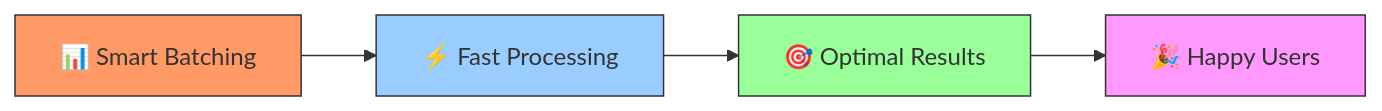
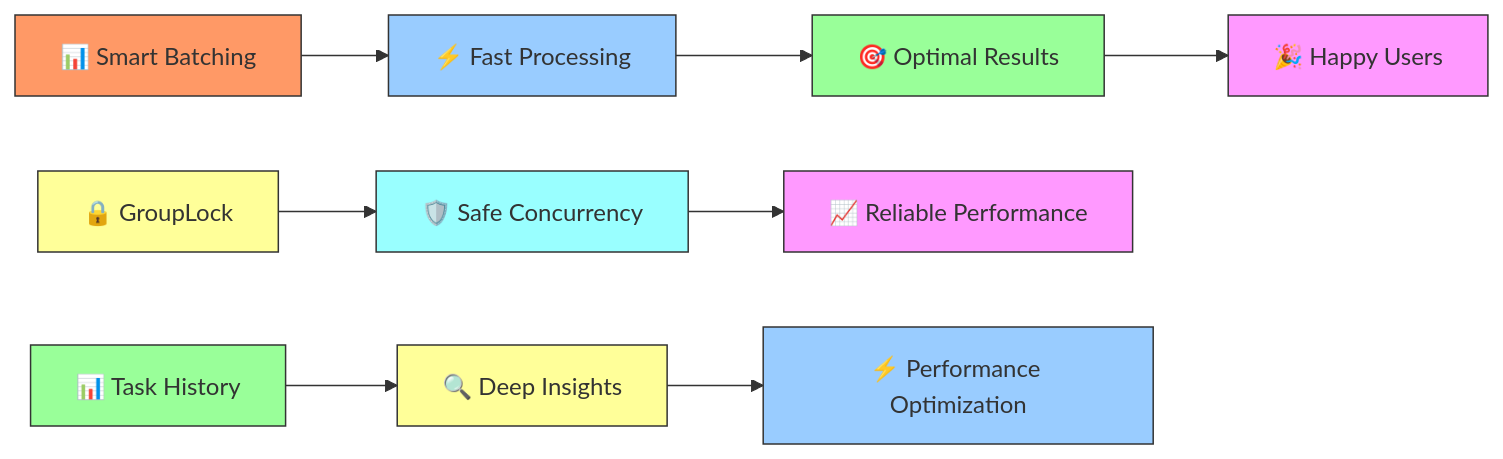
The fifth of 5 diagrams in packages/core/README.md (theboringhumane/cleo), drawn with Mermaid before and after one commit. The commit also changed other lines of this file, not shown here.

````diff
--- a/packages/core/README.md
+++ b/packages/core/README.md
@@ -368,11 +480,21 @@
 ```mermaid
 graph LR
     A[📊 Smart Batching] --> B[⚡ Fast Processing]
     B --> C[🎯 Optimal Results]
     C --> D[🎉 Happy Users]
+    E[🔒 GroupLock] --> F[🛡️ Safe Concurrency]
+    F --> G[📈 Reliable Performance]
+    H[📊 Task History] --> I[🔍 Deep Insights]
+    I --> J[⚡ Performance Optimization]
     
     style A fill:#f96,stroke:#333
     style B fill:#9cf,stroke:#333
     style C fill:#9f9,stroke:#333
     style D fill:#f9f,stroke:#333
+    style E fill:#ff9,stroke:#333
+    style F fill:#9ff,stroke:#333
+    style G fill:#f9f,stroke:#333
+    style H fill:#9f9,stroke:#333
+    style I fill:#ff9,stroke:#333
+    style J fill:#9cf,stroke:#333
 ```
````
